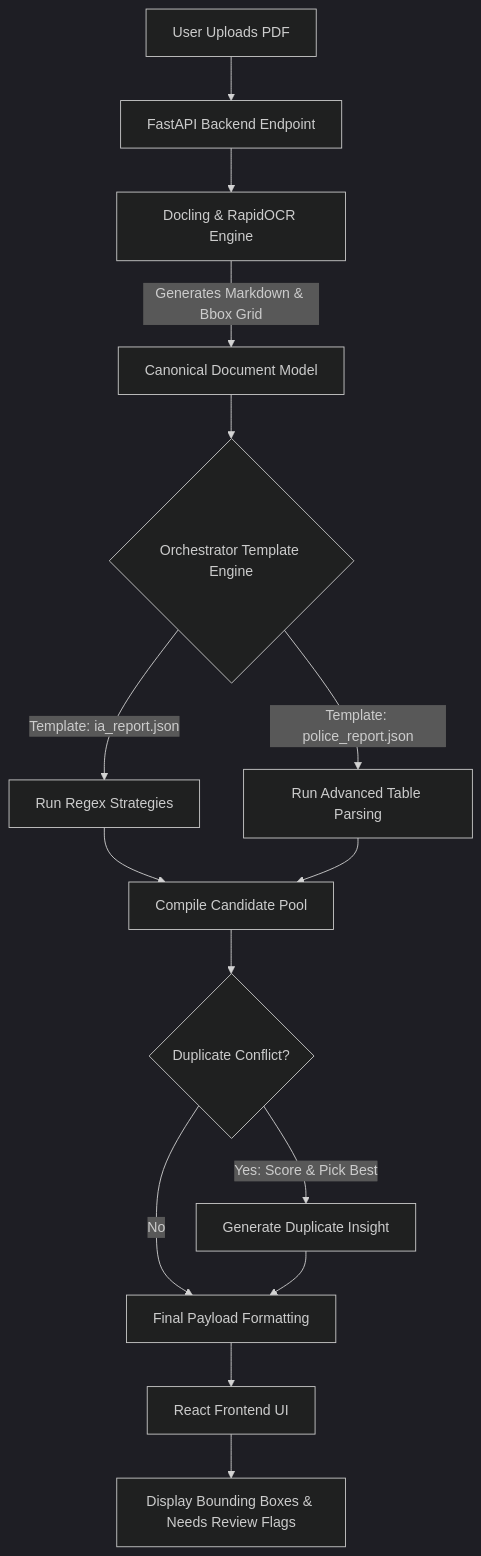
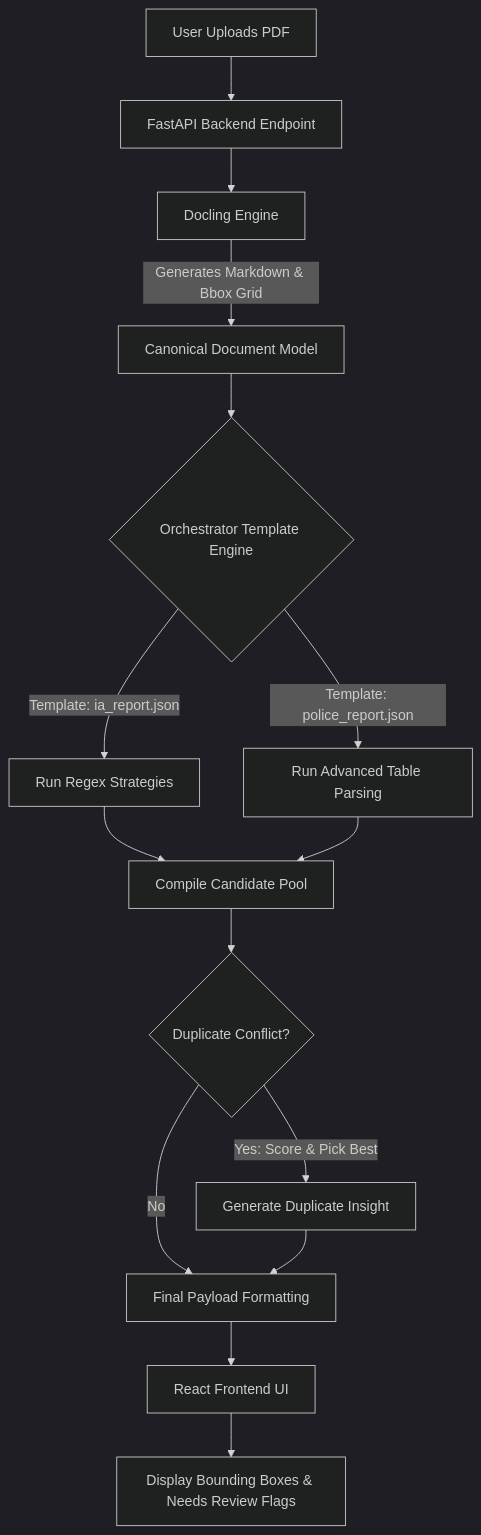
One commit to gpselevatenow/doc-intel changed the diagram in README.md. Above: the diagram before and after it, drawn with Mermaid (dark theme). The commit also changed other lines of this file and 3 other files, not shown here.

````diff
--- a/README.md
+++ b/README.md
@@ -30,21 +30,21 @@
 ```mermaid
 graph TD
     A[User Uploads PDF] --> B[FastAPI Backend Endpoint]
-    B --> C[Docling & RapidOCR Engine]
+    B --> C[Docling Engine]
     C -->|Generates Markdown & Bbox Grid| D[Canonical Document Model]
     D --> E{Orchestrator Template Engine}
     
     E -->|Template: ia_report.json| F[Run Regex Strategies]
     E -->|Template: police_report.json| G[Run Advanced Table Parsing]
     
     F --> H[Compile Candidate Pool]
     G --> H
     
     H --> I{Duplicate Conflict?}
     I -->|Yes: Score & Pick Best| J[Generate Duplicate Insight]
     I -->|No| K[Final Payload Formatting]
     
     J --> K
     K --> L[React Frontend UI]
     L --> M[Display Bounding Boxes & Needs Review Flags]
 ```
````
